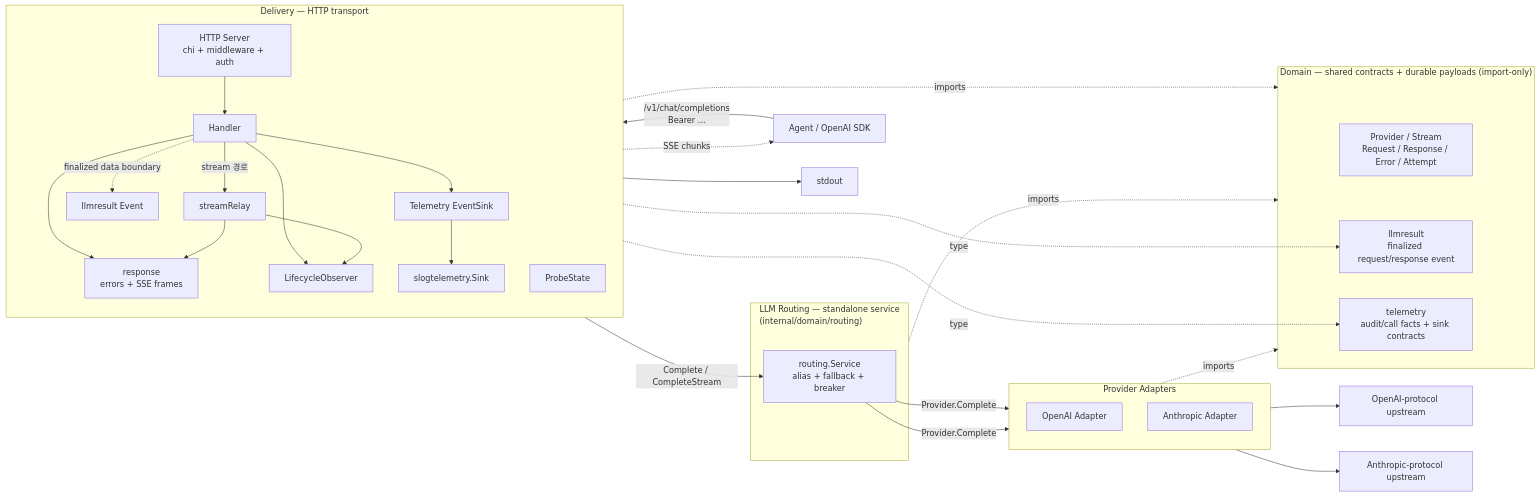
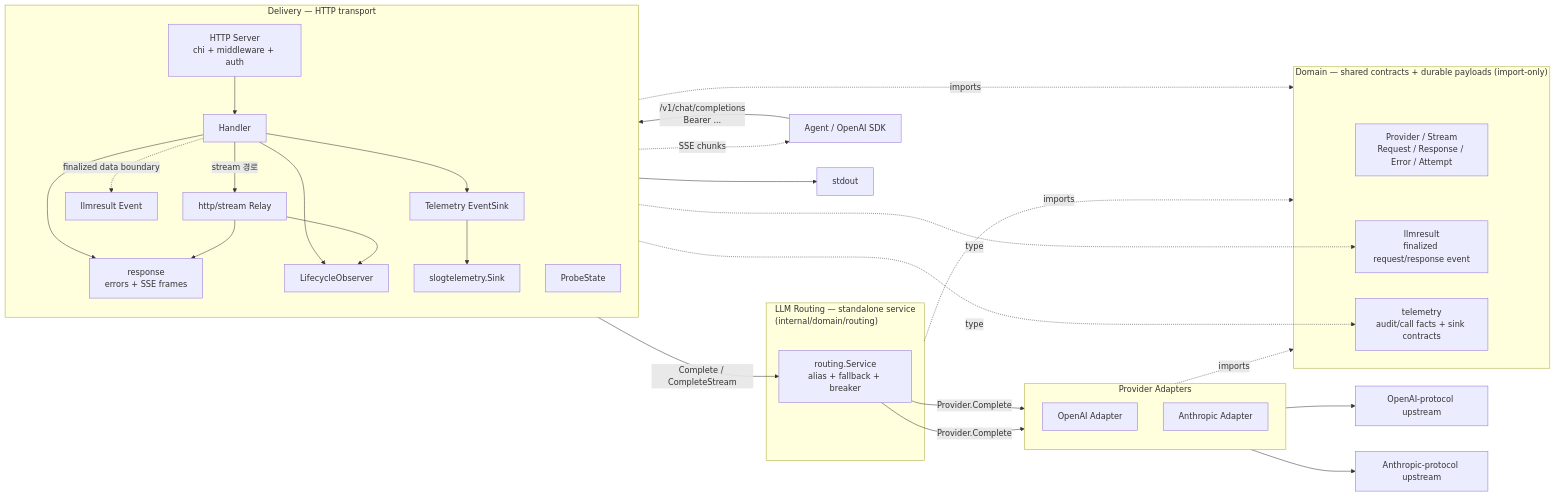
One commit to cagojeiger/llmgate changed the diagram in docs/architecture.md. Above: the diagram before and after it, drawn with Mermaid. The commit also changed other lines of this file and 8 other files, not shown here.

First line of the commit message:
refactor(http): move stream relay under http stream

````diff
--- a/docs/architecture.md
+++ b/docs/architecture.md
@@ -30,61 +30,61 @@
 ```mermaid
 graph LR
     Agent[Agent / OpenAI SDK]
 
     subgraph Delivery[Delivery — HTTP transport]
         direction TB
         Server["HTTP Server<br/>chi + middleware + auth"]
         Handler[Handler]
-        StreamRelay[streamRelay]
+        StreamRelay["http/stream Relay"]
         Response["response<br/>errors + SSE frames"]
         ResultEvent["llmresult Event"]
         Probe[ProbeState]
         Lifecycle[LifecycleObserver]
         Telemetry[Telemetry EventSink]
         SlogSink[slogtelemetry.Sink]
     end
 
     subgraph Routing["LLM Routing — standalone service<br/>(internal/domain/routing)"]
         Service["routing.Service<br/>alias + fallback + breaker"]
     end
 
     subgraph Providers[Provider Adapters]
         direction TB
         OAI[OpenAI Adapter]
         Anth[Anthropic Adapter]
     end
 
     subgraph Domain["Domain — shared contracts + durable payloads (import-only)"]
         Types["Provider / Stream<br/>Request / Response / Error / Attempt"]
         LLMResult["llmresult<br/>finalized request/response event"]
         TelemetryContract["telemetry<br/>audit/call facts + sink contracts"]
     end
 
     UpOAI[OpenAI-protocol upstream]
     UpAnth[Anthropic-protocol upstream]
     Stdout[stdout]
 
     Agent -->|"/v1/chat/completions<br/>Bearer ..."| Server
     Server --> Handler
     Handler -->|Complete / CompleteStream| Service
     Handler -->|stream 경로| StreamRelay
     Handler --> Response
     StreamRelay --> Response
     Handler -.finalized data boundary.-> ResultEvent
     ResultEvent -.type.-> LLMResult
     Service -->|Provider.Complete| OAI
     Service -->|Provider.Complete| Anth
     OAI --> UpOAI
     Anth --> UpAnth
     StreamRelay -.SSE chunks.-> Agent
     Handler --> Telemetry
     Handler --> Lifecycle
     StreamRelay --> Lifecycle
     Telemetry -.type.-> TelemetryContract
     Telemetry --> SlogSink
     SlogSink --> Stdout
 
     Delivery -.imports.-> Domain
     Routing -.imports.-> Domain
     Providers -.imports.-> Domain
 ```
````
